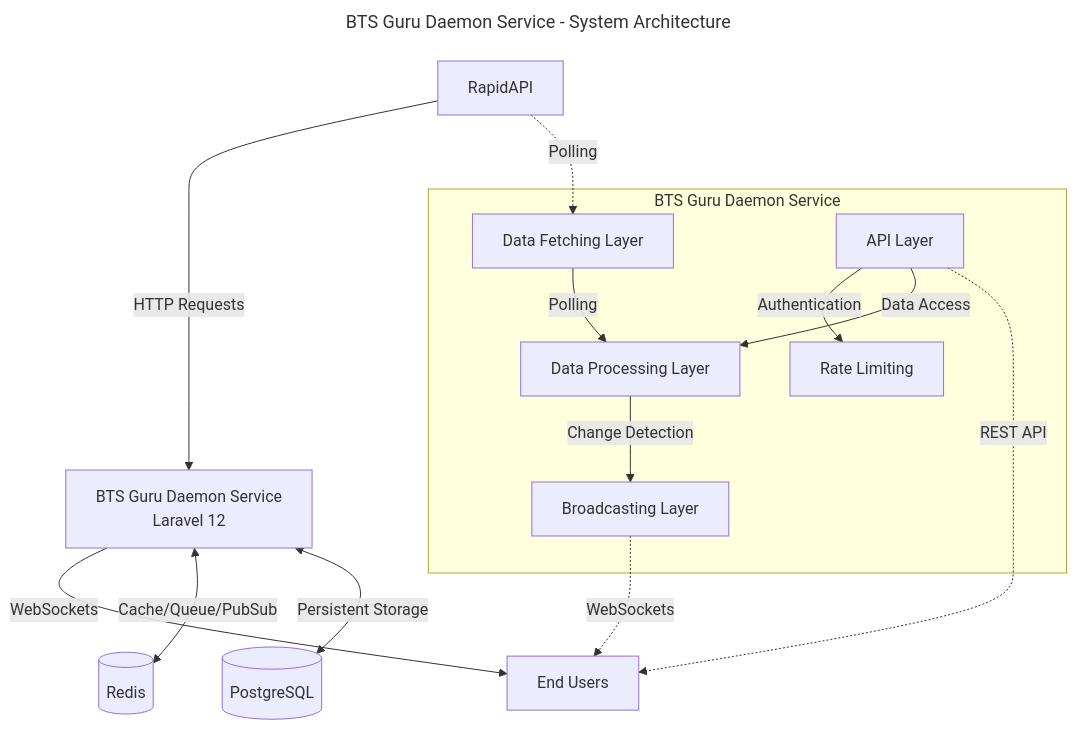
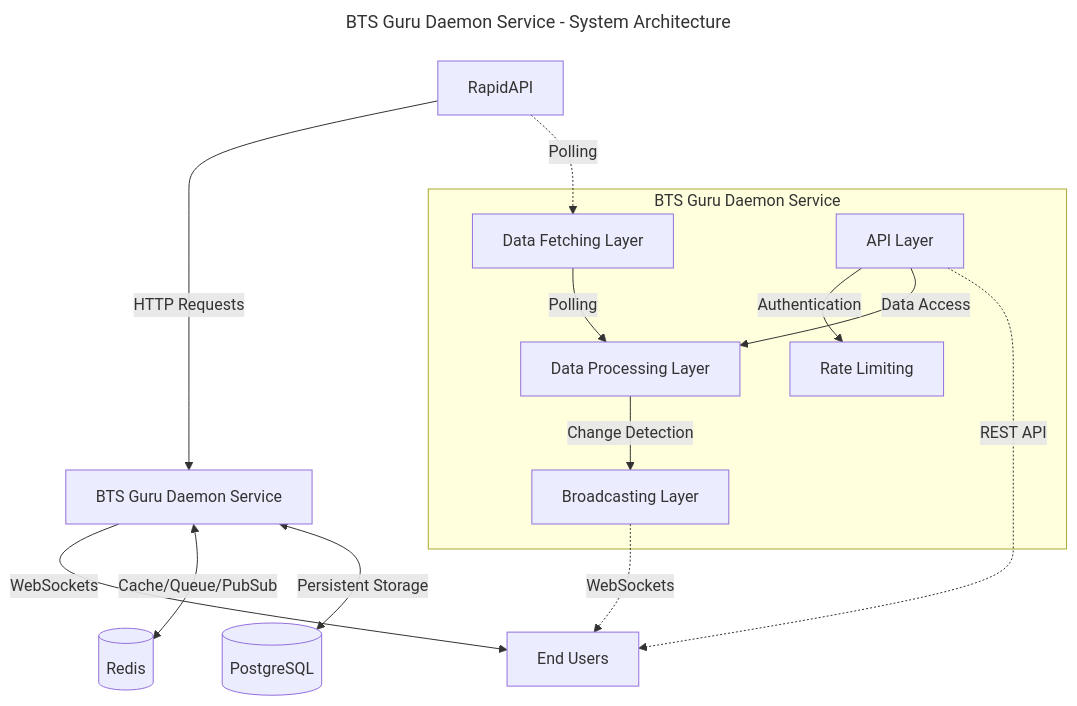
The diagram in docs/architecture.mmd (jerremeirago/btg-guru-daemon), drawn with Mermaid before and after one commit. The commit also changed 1 other file, not shown here.

```diff
--- a/docs/architecture.mmd
+++ b/docs/architecture.mmd
@@ -1,19 +1,19 @@
 ---
 title: BTS Guru Daemon Service - System Architecture
 ---
 flowchart TD
-    A[RapidAPI] -->|HTTP Requests| B[BTS Guru Daemon Service\nLaravel 12]
+    A[RapidAPI] -->|HTTP Requests| B[BTS Guru Daemon Service]
     B -->|WebSockets| C[End Users]
     B <-->|Cache/Queue/PubSub| D[(Redis)]
     B <-->|Persistent Storage| E[(PostgreSQL)]
     
     subgraph "BTS Guru Daemon Service"
         F[Data Fetching Layer] -->|Polling| G[Data Processing Layer]
         G -->|Change Detection| H[Broadcasting Layer]
         I[API Layer] -->|Authentication| J[Rate Limiting]
         I -->|Data Access| G
     end
     
     A -.->|Polling| F
     H -.->|WebSockets| C
     I -.->|REST API| C
```
